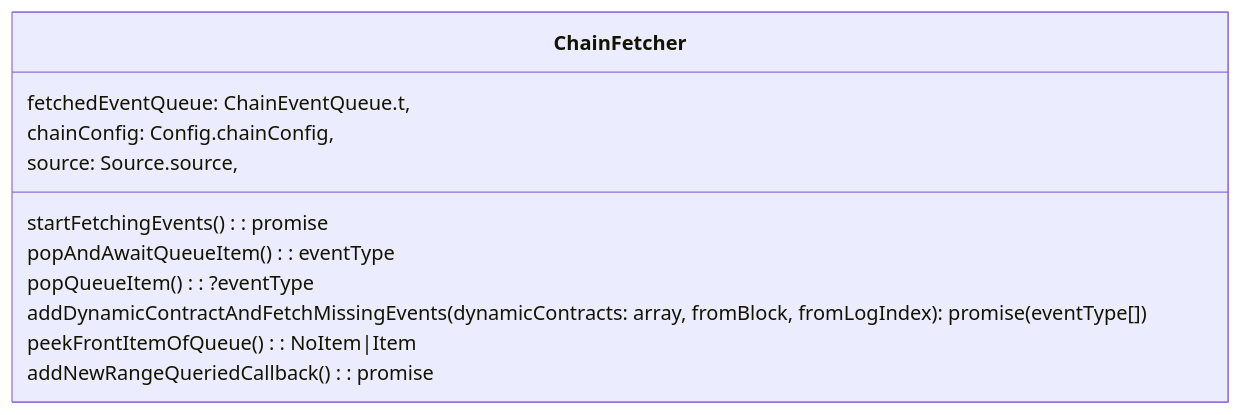
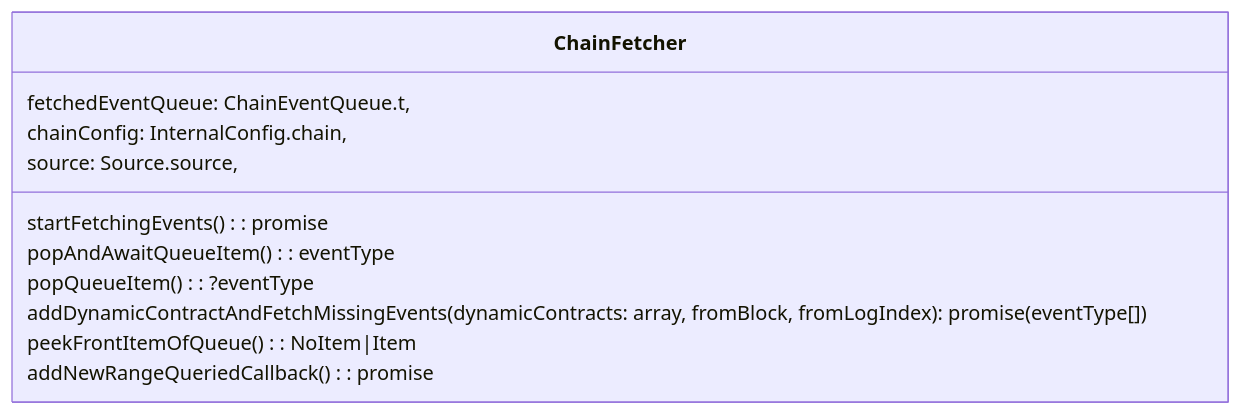
The second of 3 diagrams in internal_docs/EventFetchers.md (enviodev/hyperindex), drawn with Mermaid before and after one commit. The commit also changed 22 other files, not shown here.

````diff
--- a/internal_docs/EventFetchers.md
+++ b/internal_docs/EventFetchers.md
@@ -31,15 +31,15 @@
 ```mermaid
 classDiagram
   class ChainFetcher {
     fetchedEventQueue: ChainEventQueue.t,
-    chainConfig: Config.chainConfig,
+    chainConfig: InternalConfig.chain,
     source: Source.source,
 
     startFetchingEvents(): promise
     popAndAwaitQueueItem(): eventType
     popQueueItem(): ?eventType
     addDynamicContractAndFetchMissingEvents(dynamicContracts: array, fromBlock, fromLogIndex): promise(eventType[])
     peekFrontItemOfQueue(): NoItem|Item
     addNewRangeQueriedCallback(): promise
   }
 ```
````
